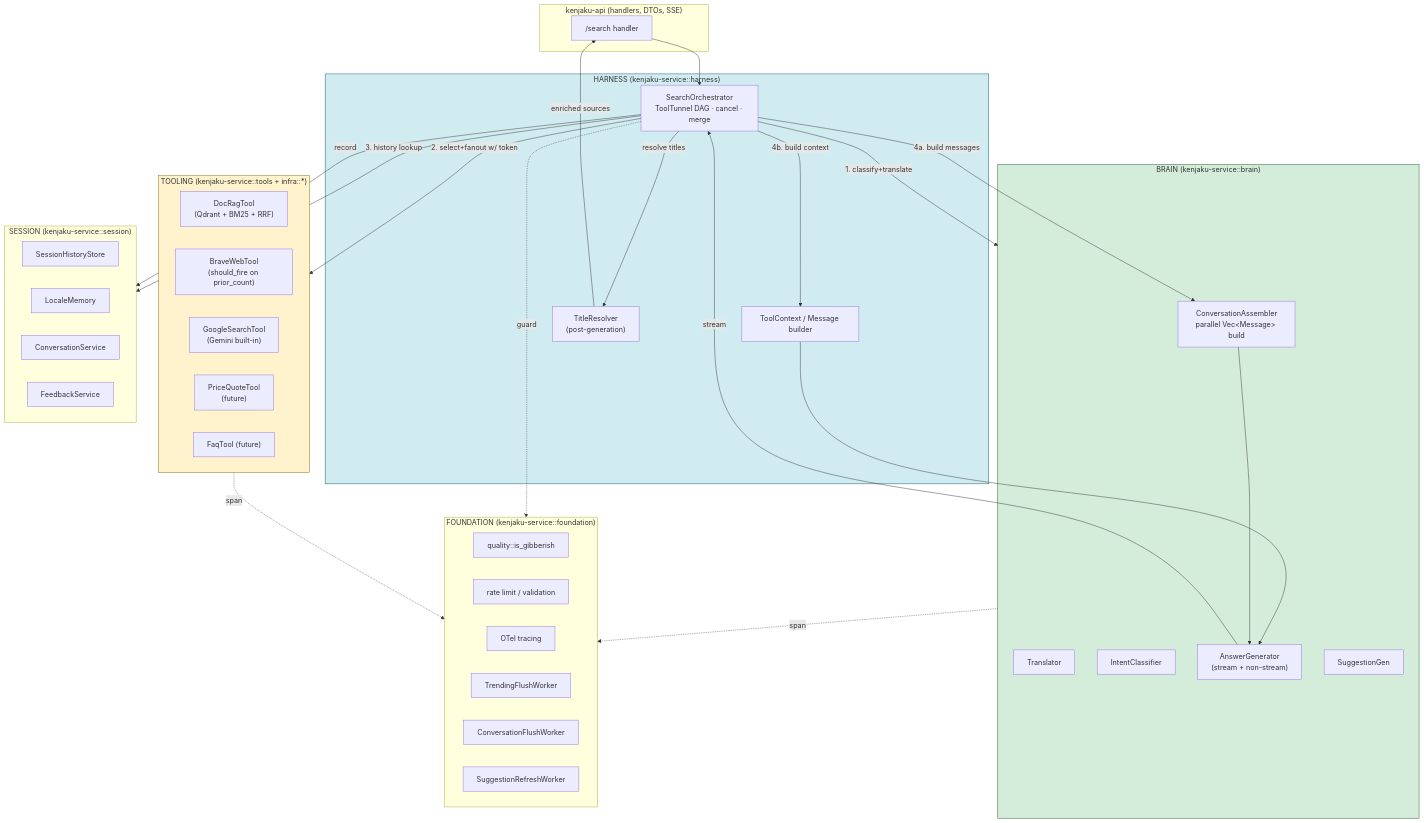
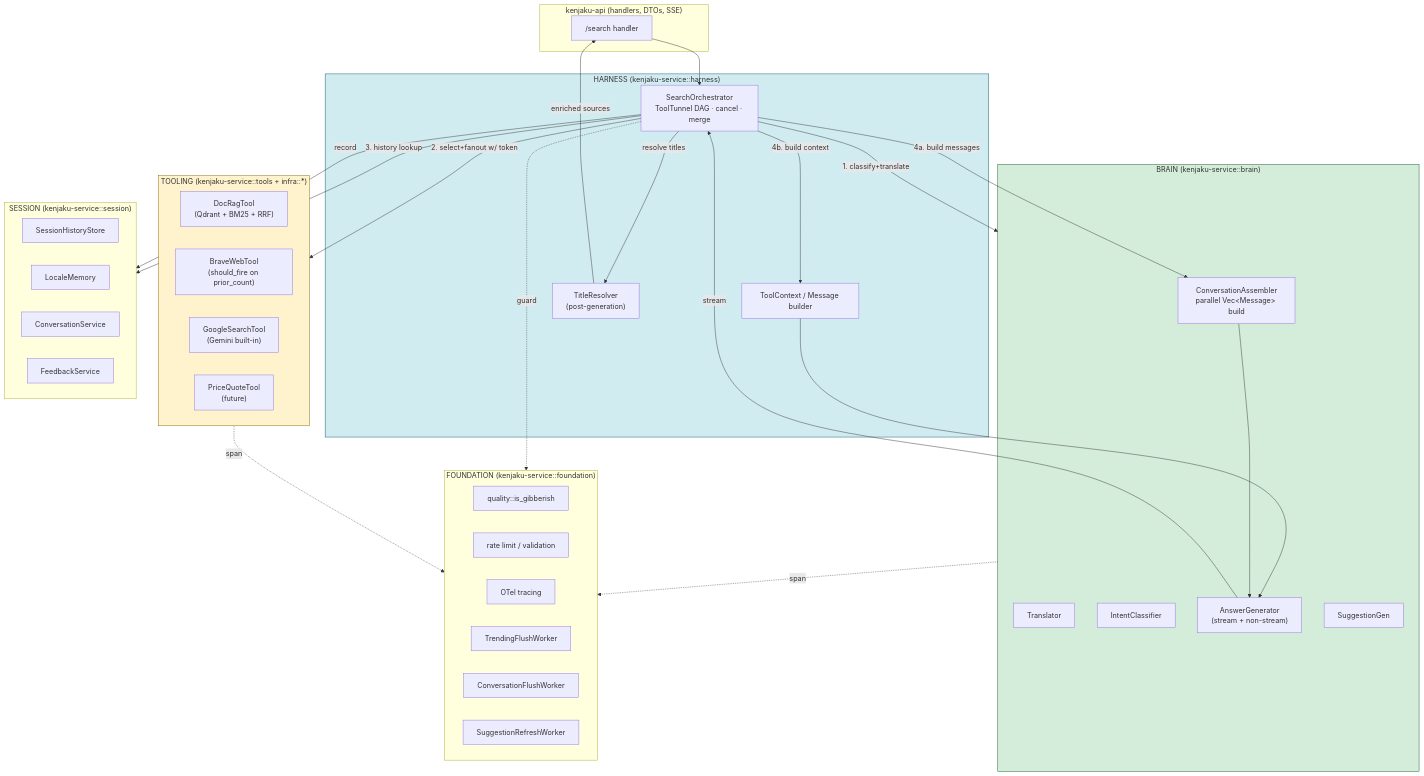
Before and after one commit to samwang0723/kenjaku: the first of 2 diagrams in docs/architecture/layered-refactor.md, drawn with Mermaid. The commit also changed other lines of this file and 3 other files, not shown here.

````diff
--- a/docs/architecture/layered-refactor.md
+++ b/docs/architecture/layered-refactor.md
@@ -45,65 +56,64 @@
 ```mermaid
 flowchart TB
     subgraph API["kenjaku-api  (handlers, DTOs, SSE)"]
         H["/search handler"]
     end
 
     subgraph Harness["HARNESS  (kenjaku-service::harness)"]
         ORC["SearchOrchestrator<br/>ToolTunnel DAG · cancel · merge"]
         CTX["ToolContext / Message builder"]
         TR["TitleResolver<br/>(post-generation)"]
     end
 
     subgraph Brain["BRAIN  (kenjaku-service::brain)"]
         ASM["ConversationAssembler<br/>parallel Vec&lt;Message&gt; build"]
         TRA["Translator"]
         IC["IntentClassifier"]
         GEN["AnswerGenerator<br/>(stream + non-stream)"]
         SG["SuggestionGen"]
     end
 
     subgraph Tools["TOOLING  (kenjaku-service::tools + infra::*)"]
         direction LR
         T1["DocRagTool<br/>(Qdrant + BM25 + RRF)"]
         T2["BraveWebTool<br/>(should_fire on prior_count)"]
         T3["GoogleSearchTool<br/>(Gemini built-in)"]
         T4["PriceQuoteTool<br/>(future)"]
-        T5["FaqTool (future)"]
     end
 
     subgraph Session["SESSION  (kenjaku-service::session)"]
         HIST["SessionHistoryStore"]
         LM["LocaleMemory"]
         CONV["ConversationService"]
         FB["FeedbackService"]
     end
 
     subgraph Foundation["FOUNDATION  (kenjaku-service::foundation)"]
         QG["quality::is_gibberish"]
         RL["rate limit / validation"]
         OT["OTel tracing"]
         TF["TrendingFlushWorker"]
         CF["ConversationFlushWorker"]
         SR["SuggestionRefreshWorker"]
     end
 
     H --> ORC
     ORC -->|1. classify+translate| Brain
     ORC -->|2. select+fanout w/ token| Tools
     ORC -->|3. history lookup| Session
     ORC -->|4a. build messages| ASM
     ORC -->|4b. build context| CTX
     CTX --> GEN
     ASM --> GEN
     GEN -->|stream| ORC
     ORC -->|resolve titles| TR
     TR -->|enriched sources| H
     ORC -->|record| Session
     ORC -.guard.-> Foundation
     Tools -.span.-> Foundation
     Brain -.span.-> Foundation
 
     style Tools fill:#fff3cd,stroke:#856404
     style Harness fill:#d1ecf1,stroke:#0c5460
     style Brain fill:#d4edda,stroke:#155724
 ```
````
